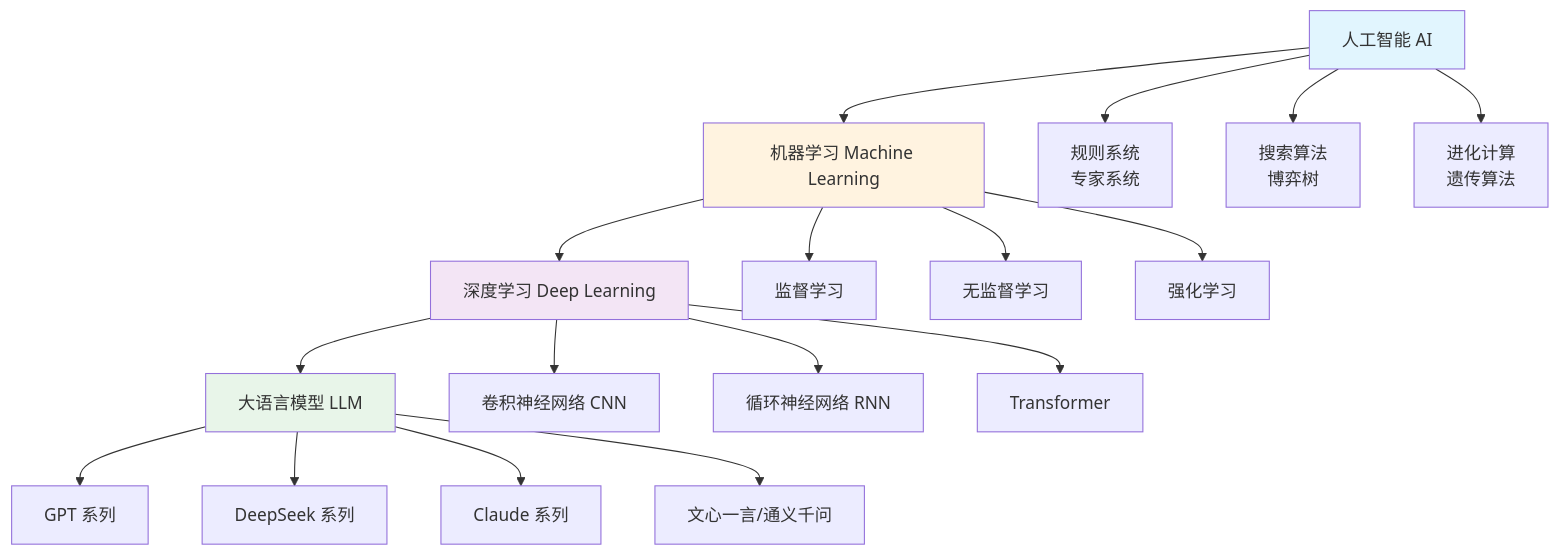
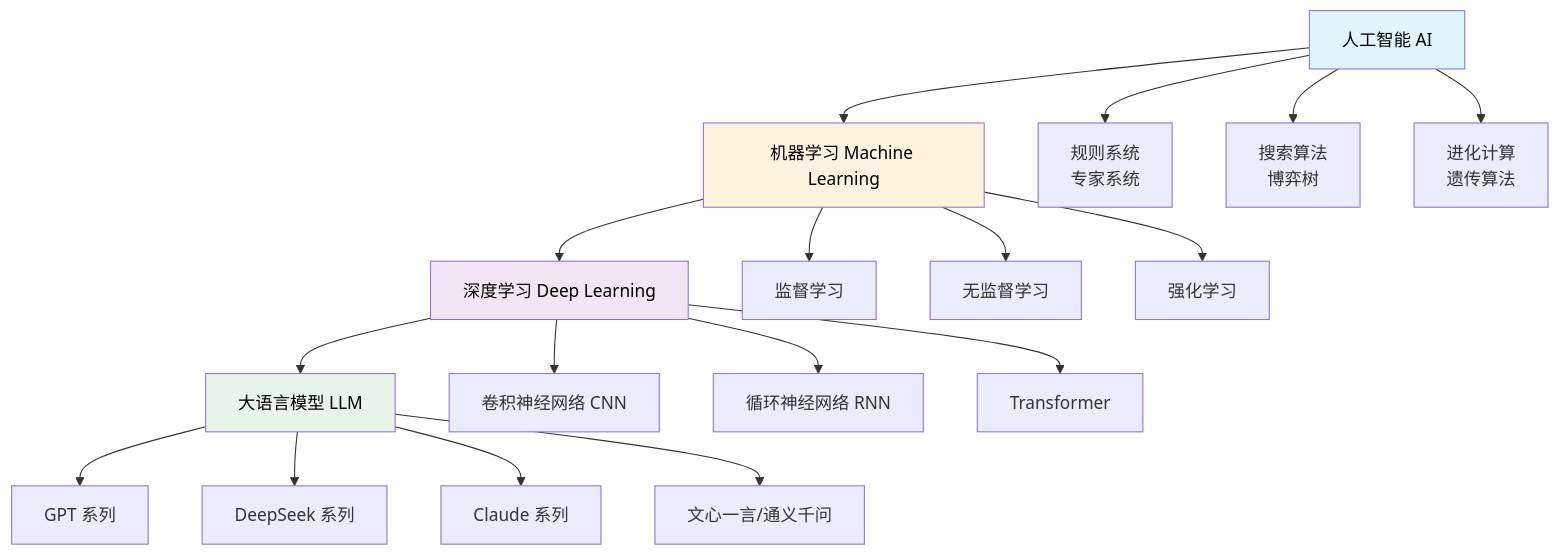
Before and after one commit to Atituiset/llm-konwleage-hub: the second of 8 diagrams in src/01-ai-overview/README.md, drawn with Mermaid. The commit also changed other lines of this file and 1 other file, not shown here.

Commit message:
Fix dark-mode contrast: theme-adaptive blockquote/tip/note/warning backgrounds, translucent table hover, dark text on light Mermaid nodes

````diff
--- a/src/01-ai-overview/README.md
+++ b/src/01-ai-overview/README.md
@@ -59,28 +59,28 @@
 ```mermaid
 graph TD
     A[人工智能 AI] --> B[机器学习 Machine Learning]
     B --> C[深度学习 Deep Learning]
     C --> D[大语言模型 LLM]
     
     A --> A1[规则系统<br/>专家系统]
     A --> A2[搜索算法<br/>博弈树]
     A --> A3[进化计算<br/>遗传算法]
     
     B --> B1[监督学习]
     B --> B2[无监督学习]
     B --> B3[强化学习]
     
     C --> C1[卷积神经网络 CNN]
     C --> C2[循环神经网络 RNN]
     C --> C3[Transformer]
     
     D --> D1[GPT 系列]
     D --> D2[DeepSeek 系列]
     D --> D3[Claude 系列]
     D --> D4[文心一言/通义千问]
 
-    style A fill:#e1f5fe
-    style B fill:#fff3e0
-    style C fill:#f3e5f5
-    style D fill:#e8f5e9
+    style A fill:#e1f5fe,color:#000
+    style B fill:#fff3e0,color:#000
+    style C fill:#f3e5f5,color:#000
+    style D fill:#e8f5e9,color:#000
 ```
````
